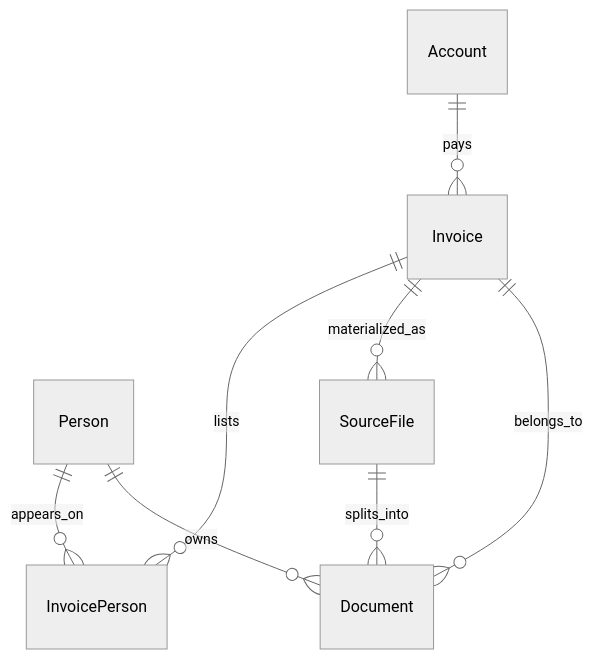
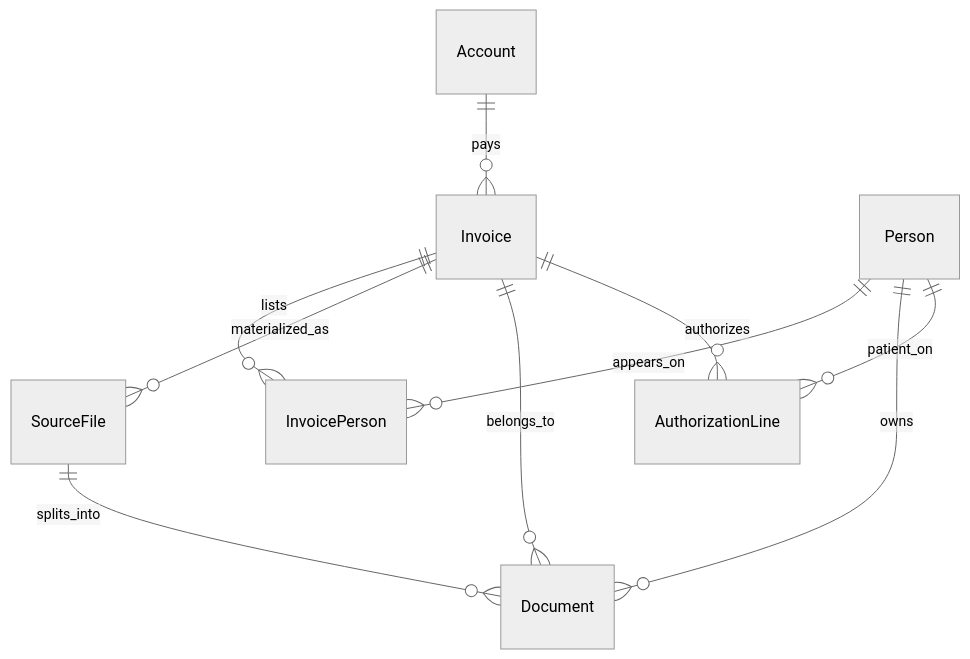
The diagram in docs/avila-etl-architecture.md (AllanTorresBass/ETL-Avila), drawn with Mermaid (neutral theme) before and after one commit. The commit also changed other lines of this file and 22 other files, not shown here.

````diff
--- a/docs/avila-etl-architecture.md
+++ b/docs/avila-etl-architecture.md
@@ -63,10 +64,12 @@
 ```mermaid
 erDiagram
   Account ||--o{ Invoice : pays
   Person ||--o{ InvoicePerson : appears_on
   Invoice ||--o{ InvoicePerson : lists
   Invoice ||--o{ SourceFile : materialized_as
   SourceFile ||--o{ Document : splits_into
   Person ||--o{ Document : owns
   Invoice ||--o{ Document : belongs_to
+  Invoice ||--o{ AuthorizationLine : authorizes
+  Person ||--o{ AuthorizationLine : patient_on
 ```
````
